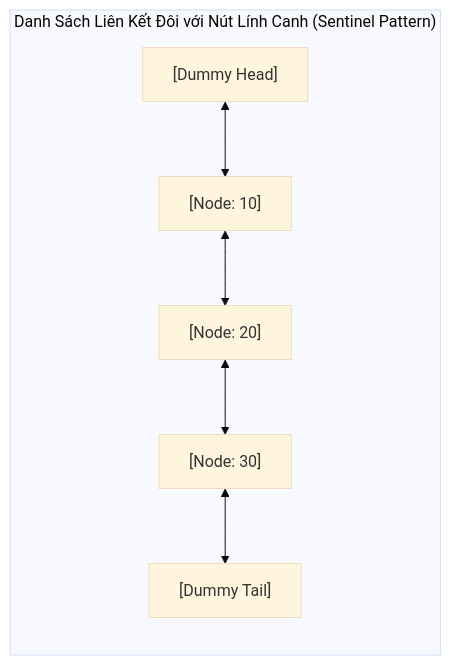
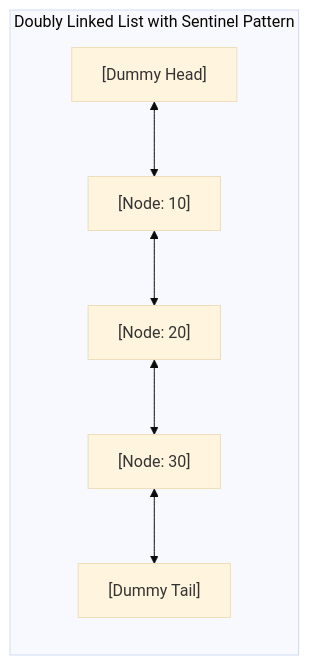
The diagram in src/data/blog/en/49-2026-06-18-data-structure-linked-list-singly-doubly-sentinel-cpp.md (ga2631/ga2631.github.io), drawn with Mermaid (base theme) before and after one commit. The commit also changed other lines of this file and 74 other files, not shown here.

````diff
--- a/src/data/blog/en/49-2026-06-18-data-structure-linked-list-singly-doubly-sentinel-cpp.md
+++ b/src/data/blog/en/49-2026-06-18-data-structure-linked-list-singly-doubly-sentinel-cpp.md
@@ -58,9 +58,9 @@
 ```mermaid
 graph LR
-    subgraph DoublyLinkedList ["Danh Sách Liên Kết Đôi với Nút Lính Canh (Sentinel Pattern)"]
+    subgraph DoublyLinkedList ["Doubly Linked List with Sentinel Pattern"]
         Head["[Dummy Head]"] <--> Node1["[Node: 10]"]
         Node1 <--> Node2["[Node: 20]"]
         Node2 <--> Node3["[Node: 30]"]
         Node3 <--> Tail["[Dummy Tail]"]
     end
 ```
````
